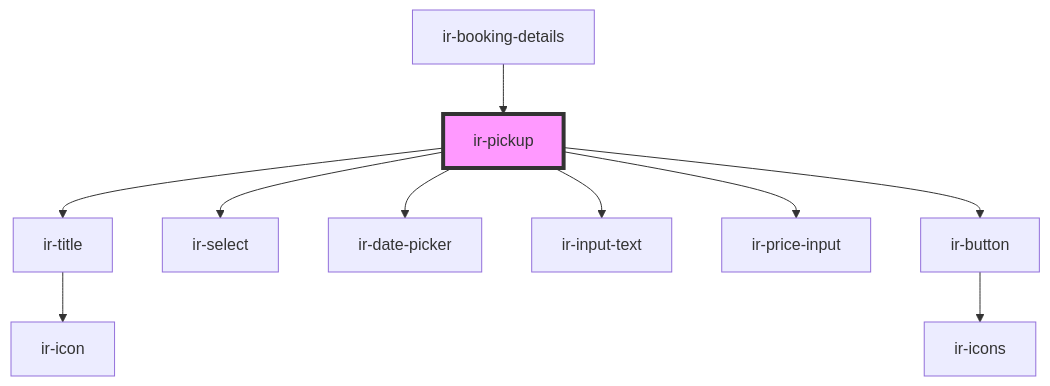
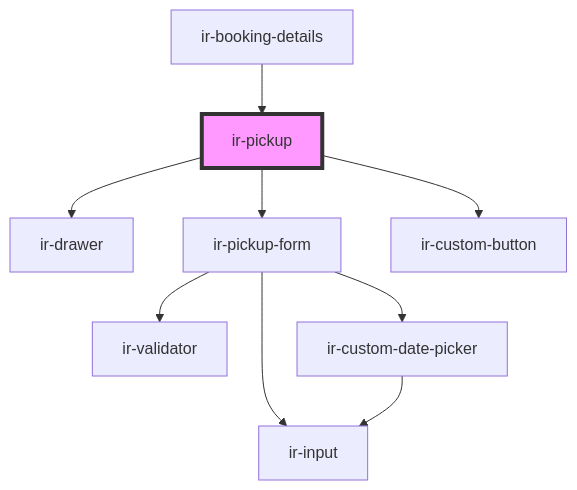
One commit to RonyRizk/ir-webcmp changed the diagram in src/components/ir-booking-details/ir-pickup/readme.md. Above: the diagram before and after it, drawn with Mermaid. The commit also changed other lines of this file and 433 other files, not shown here.

````diff
--- a/src/components/ir-booking-details/ir-pickup/readme.md
+++ b/src/components/ir-booking-details/ir-pickup/readme.md
@@ -42,13 +39,12 @@
 ```mermaid
 graph TD;
-  ir-pickup --> ir-title
-  ir-pickup --> ir-select
-  ir-pickup --> ir-date-picker
-  ir-pickup --> ir-input-text
-  ir-pickup --> ir-price-input
-  ir-pickup --> ir-button
-  ir-title --> ir-icon
-  ir-button --> ir-icons
+  ir-pickup --> ir-drawer
+  ir-pickup --> ir-pickup-form
+  ir-pickup --> ir-custom-button
+  ir-pickup-form --> ir-validator
+  ir-pickup-form --> ir-custom-date-picker
+  ir-pickup-form --> ir-input
+  ir-custom-date-picker --> ir-input
   ir-booking-details --> ir-pickup
   style ir-pickup fill:#f9f,stroke:#333,stroke-width:4px
 ```
````
